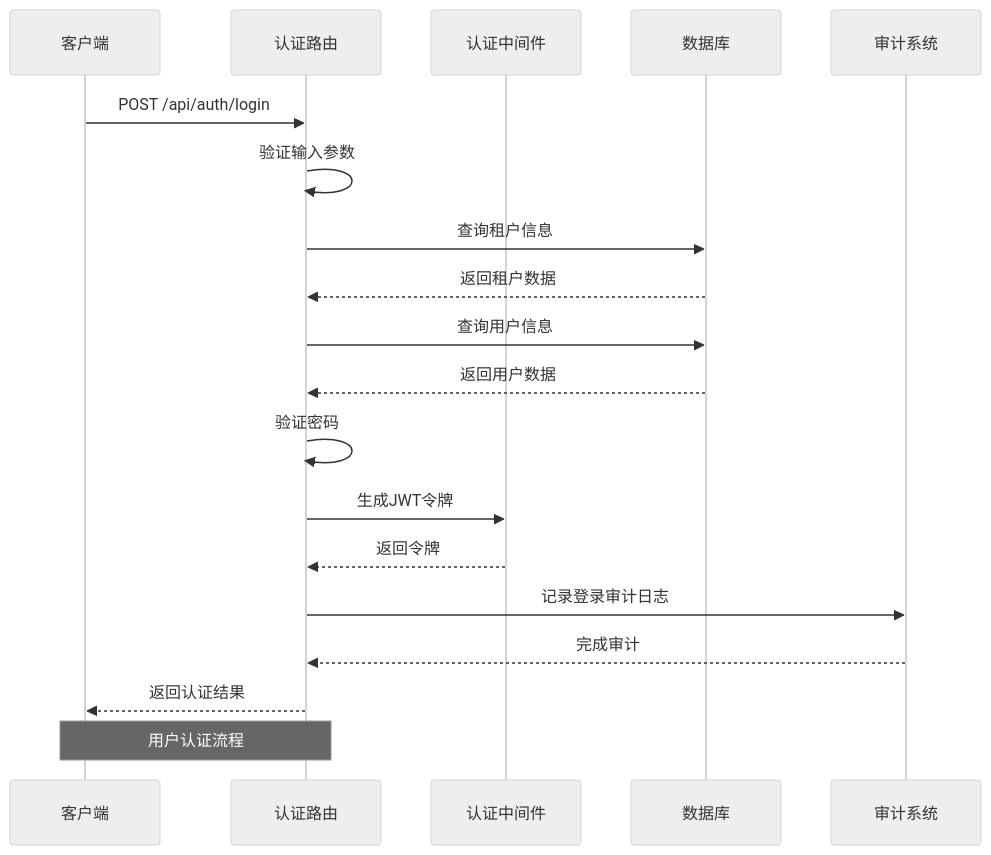
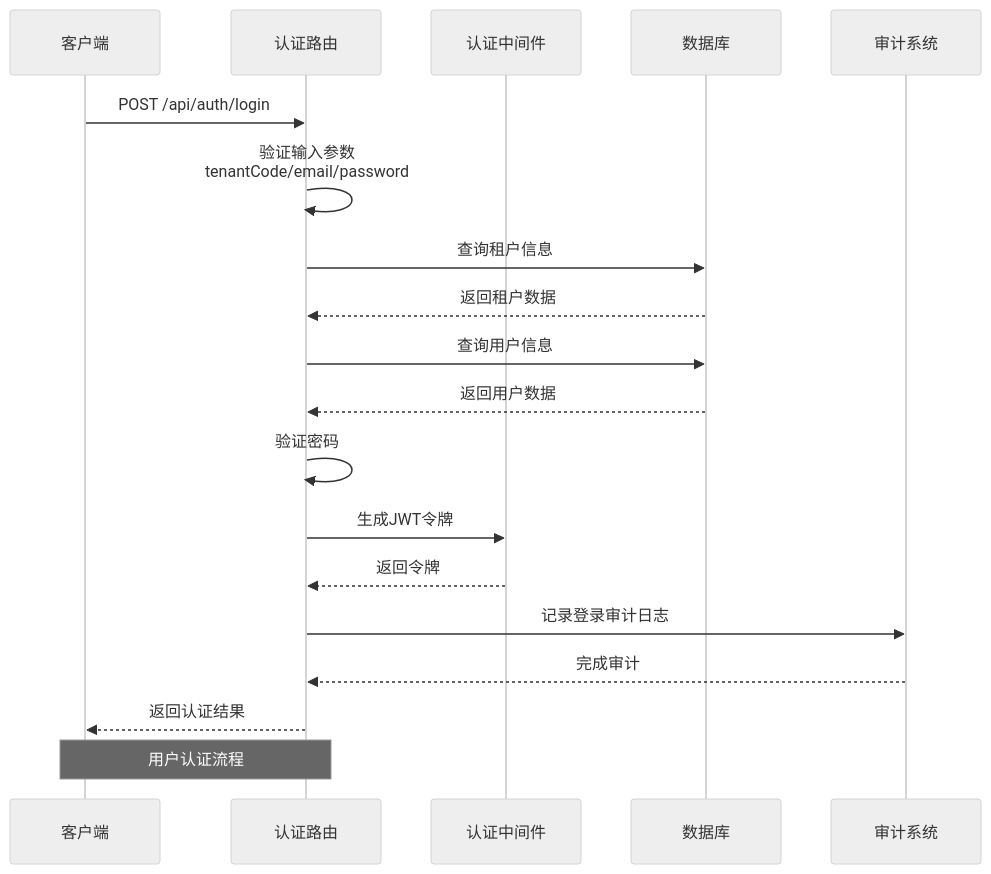
The second of 11 diagrams in .qoder/repowiki/zh/content/后端API文档/用户管理API.md (Juny09/inventory_system), drawn with Mermaid (neutral theme) before and after one commit. The commit also changed other lines of this file and 53 other files, not shown here.

````diff
--- a/.qoder/repowiki/zh/content/后端API文档/用户管理API.md
+++ b/.qoder/repowiki/zh/content/后端API文档/用户管理API.md
@@ -112,21 +140,21 @@
 ```mermaid
 sequenceDiagram
 participant Client as 客户端
 participant AuthRoute as 认证路由
 participant AuthMW as 认证中间件
 participant DB as 数据库
 participant Audit as 审计系统
 Client->>AuthRoute : POST /api/auth/login
-AuthRoute->>AuthRoute : 验证输入参数
+AuthRoute->>AuthRoute : 验证输入参数<br/>tenantCode/email/password
 AuthRoute->>DB : 查询租户信息
 DB-->>AuthRoute : 返回租户数据
 AuthRoute->>DB : 查询用户信息
 DB-->>AuthRoute : 返回用户数据
 AuthRoute->>AuthRoute : 验证密码
 AuthRoute->>AuthMW : 生成JWT令牌
 AuthMW-->>AuthRoute : 返回令牌
 AuthRoute->>Audit : 记录登录审计日志
 Audit-->>AuthRoute : 完成审计
 AuthRoute-->>Client : 返回认证结果
 Note over Client,AuthRoute : 用户认证流程
 ```
````
